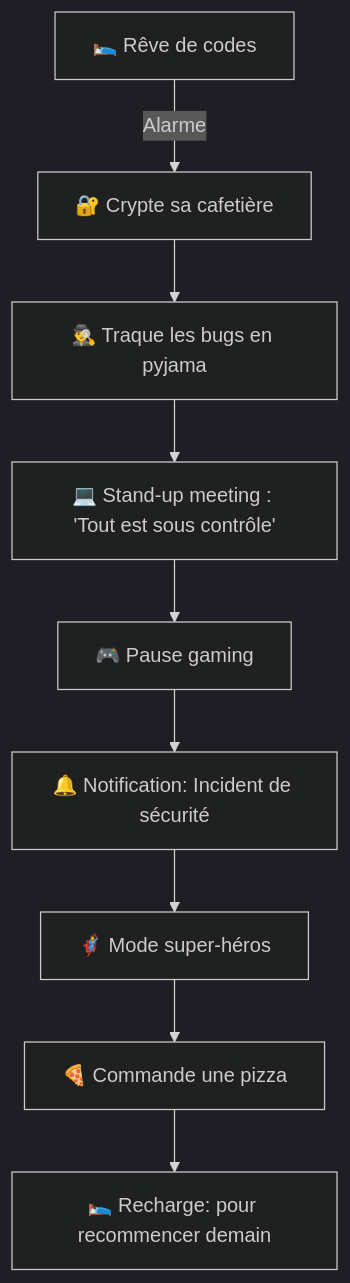
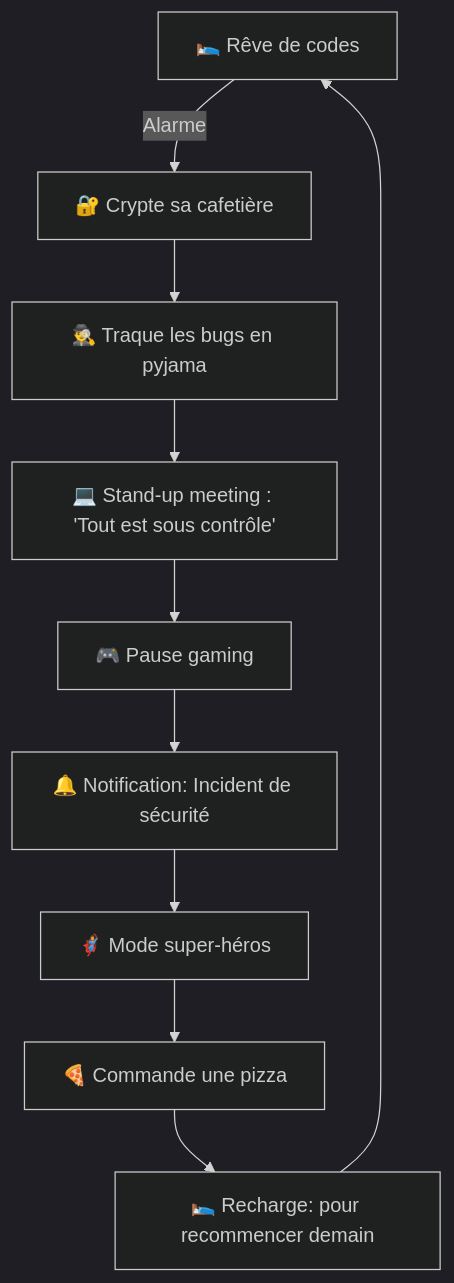
One commit to AC2002FR/AC2002FR changed the diagram in README.md. Above: the diagram before and after it, drawn with Mermaid (dark theme).

````diff
--- a/README.md
+++ b/README.md
@@ -8,11 +8,12 @@
 ```mermaid
 graph TD;
     A[🛌 Rêve de codes] -->|Alarme| B[🔐 Crypte sa cafetière];
     B --> C[🕵️‍♂️ Traque les bugs en pyjama];
     C --> D[💻 Stand-up meeting : 'Tout est sous contrôle'];
     D --> E[🎮 Pause gaming];
     E --> F[🔔 Notification: Incident de sécurité];
     F --> G[🦸‍♂️ Mode super-héros];
     G --> H[🍕 Commande une pizza];
     H --> I[🛌 Recharge: pour recommencer demain];
+    I --> A;
 ```
````
